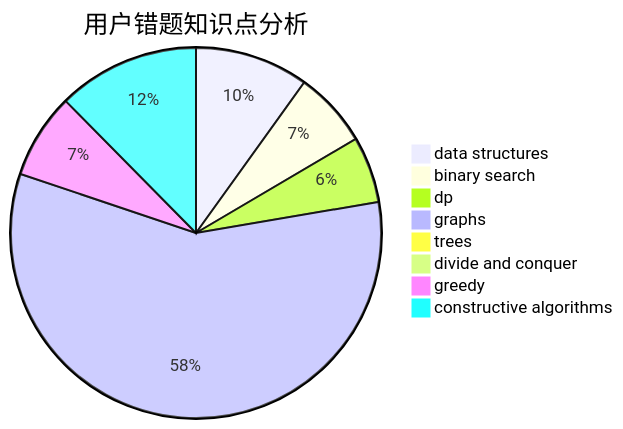
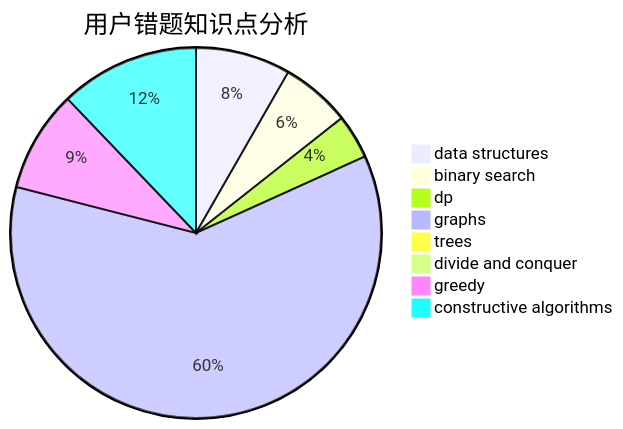
One commit to sherpahu/cfrs.github.io changed the third of 3 diagrams in docs/user/u175.md. Above: the diagram before and after it, drawn with Mermaid. The commit also changed other lines of this file and 2770 other files, not shown here.

````diff
--- a/docs/user/u175.md
+++ b/docs/user/u175.md
@@ -36,11 +36,11 @@
 ```mermaid
 pie title 用户错题知识点分析
-    "data structures" :  12
-    "binary search" :  8
+    "data structures" :  15
+    "binary search" :  11
     "dp" :  7
-    "graphs" :  70
-    "trees" :  0
+    "graphs" :  110
+    "trees" :  1
     "divide and conquer" :  0
-    "greedy" :  9
-    "constructive algorithms" :  15
+    "greedy" :  16
+    "constructive algorithms" :  22
 ```
````
